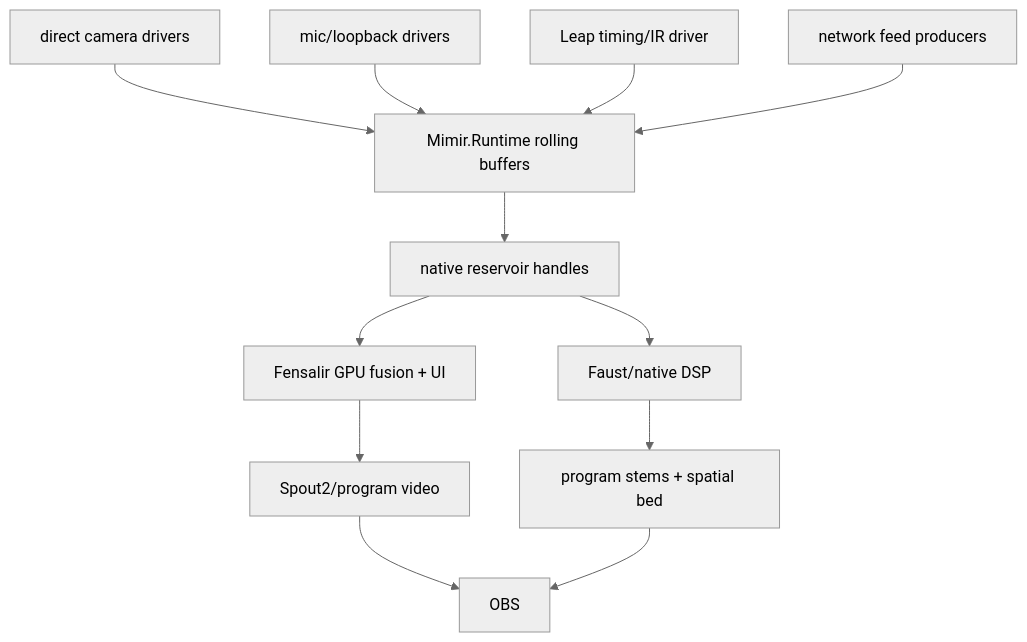
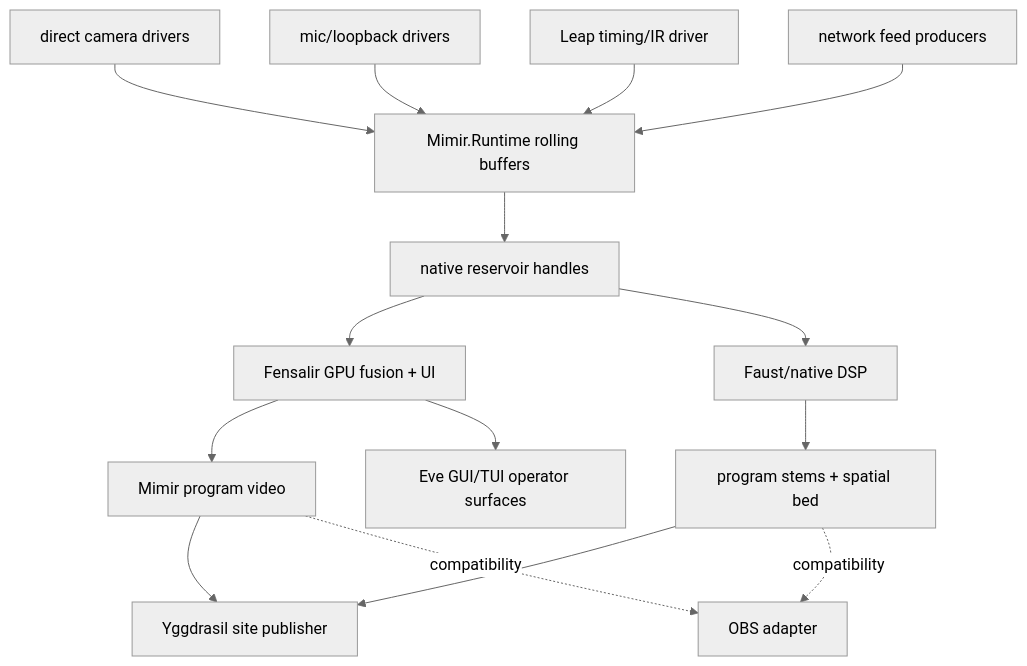
The first of 3 diagrams in notes/current-system-map.md (GameCult/Mimir), drawn with Mermaid (neutral theme) before and after one commit. The commit also changed other lines of this file and 22 other files, not shown here.

Commit message:
Move program composition authority into Mimir

````diff
--- a/notes/current-system-map.md
+++ b/notes/current-system-map.md
@@ -19,14 +19,17 @@
 ```mermaid
 flowchart TD
     A["direct camera drivers"] --> R["Mimir.Runtime rolling buffers"]
     B["mic/loopback drivers"] --> R
     C["Leap timing/IR driver"] --> R
     D["network feed producers"] --> R
     R --> N["native reservoir handles"]
     N --> E["Fensalir GPU fusion + UI"]
     N --> F["Faust/native DSP"]
-    E --> G["Spout2/program video"]
+    E --> G["Mimir program video"]
     F --> H["program stems + spatial bed"]
-    G --> I["OBS"]
-    H --> I
+    E --> I["Eve GUI/TUI operator surfaces"]
+    G --> J["Yggdrasil site publisher"]
+    H --> J
+    G -. "compatibility" .-> K["OBS adapter"]
+    H -. "compatibility" .-> K
 ```
````
